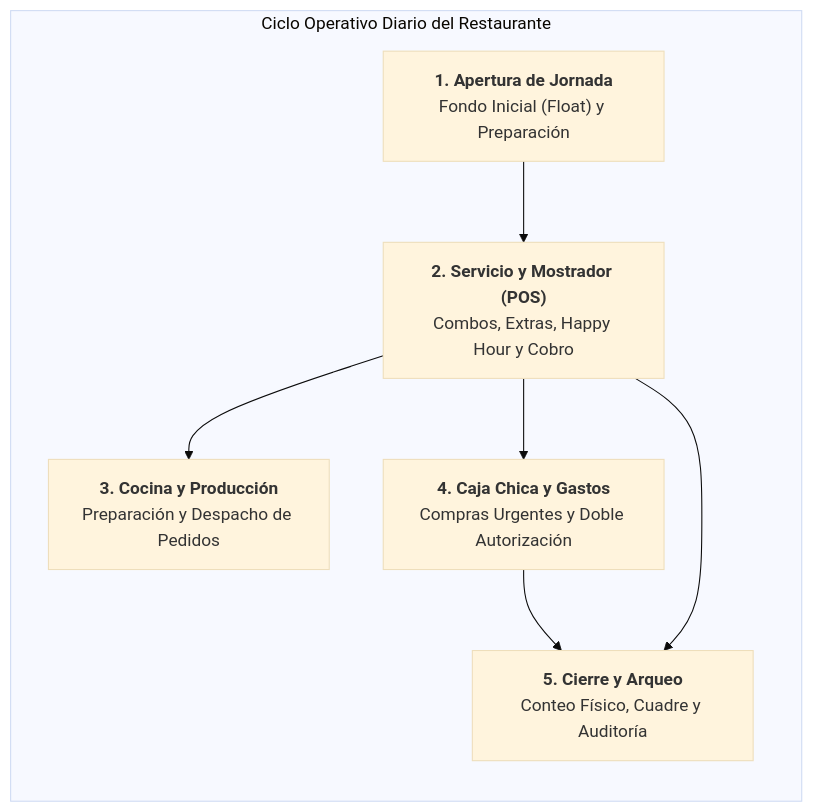
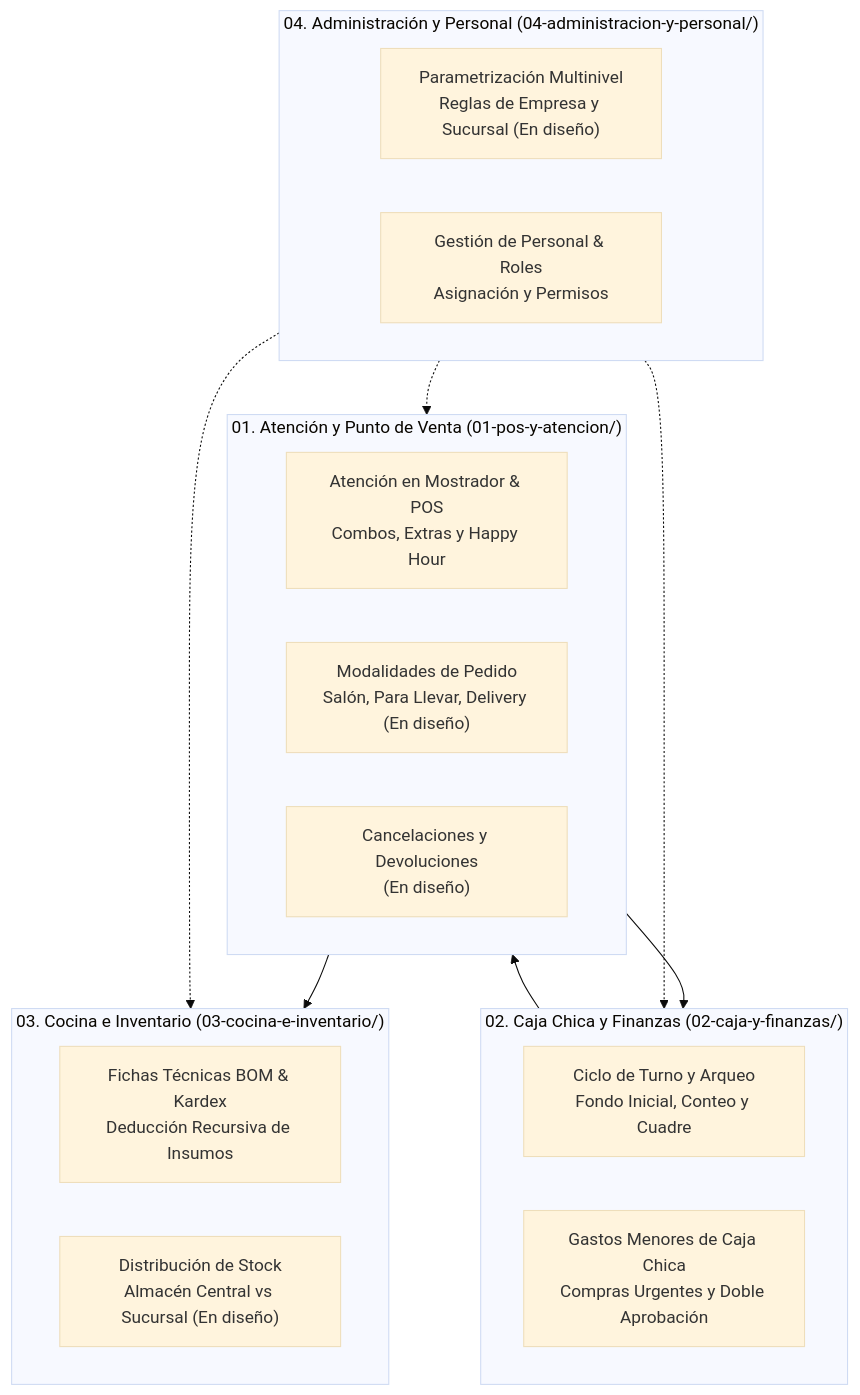
One commit to vakajose/gestion-restaurante changed the diagram in docs/business-processes/README.md. Above: the diagram before and after it, drawn with Mermaid (base theme). The commit also changed other lines of this file and 6 other files, not shown here.

````diff
--- a/docs/business-processes/README.md
+++ b/docs/business-processes/README.md
@@ -26,16 +28,30 @@
 ```mermaid
-flowchart LR
-    subgraph MacroProcesos ["Ciclo Operativo Diario del Restaurante"]
-        P1["<b>1. Apertura de Jornada</b><br/>Fondo Inicial (Float) y Preparación"]
-        P2["<b>2. Servicio y Mostrador (POS)</b><br/>Combos, Extras, Happy Hour y Cobro"]
-        P3["<b>3. Cocina y Producción</b><br/>Preparación y Despacho de Pedidos"]
-        P4["<b>4. Caja Chica y Gastos</b><br/>Compras Urgentes y Doble Autorización"]
-        P5["<b>5. Cierre y Arqueo</b><br/>Conteo Físico, Cuadre y Auditoría"]
+flowchart TD
+    subgraph SecPOS ["01. Atención y Punto de Venta (01-pos-y-atencion/)"]
+        P_Atencion["Atención en Mostrador & POS<br/>Combos, Extras y Happy Hour"]
+        P_Modalidades["Modalidades de Pedido<br/>Salón, Para Llevar, Delivery (En diseño)"]
+        P_Cancelaciones["Cancelaciones y Devoluciones<br/>(En diseño)"]
     end
 
-    P1 --> P2
-    P2 --> P3
-    P2 --> P4
-    P4 --> P5
-    P2 --> P5
+    subgraph SecCaja ["02. Caja Chica y Finanzas (02-caja-y-finanzas/)"]
+        P_Turno["Ciclo de Turno y Arqueo<br/>Fondo Inicial, Conteo y Cuadre"]
+        P_Gastos["Gastos Menores de Caja Chica<br/>Compras Urgentes y Doble Aprobación"]
+    end
+
+    subgraph SecCocina ["03. Cocina e Inventario (03-cocina-e-inventario/)"]
+        P_Recetas["Fichas Técnicas BOM & Kardex<br/>Deducción Recursiva de Insumos"]
+        P_Distribucion["Distribución de Stock<br/>Almacén Central vs Sucursal (En diseño)"]
+    end
+
+    subgraph SecAdmin ["04. Administración y Personal (04-administracion-y-personal/)"]
+        P_Parametros["Parametrización Multinivel<br/>Reglas de Empresa y Sucursal (En diseño)"]
+        P_Personal["Gestión de Personal & Roles<br/>Asignación y Permisos"]
+    end
+
+    SecCaja --> SecPOS
+    SecPOS --> SecCocina
+    SecPOS --> SecCaja
+    SecAdmin -.-> SecPOS
+    SecAdmin -.-> SecCaja
+    SecAdmin -.-> SecCocina
 ```
````
